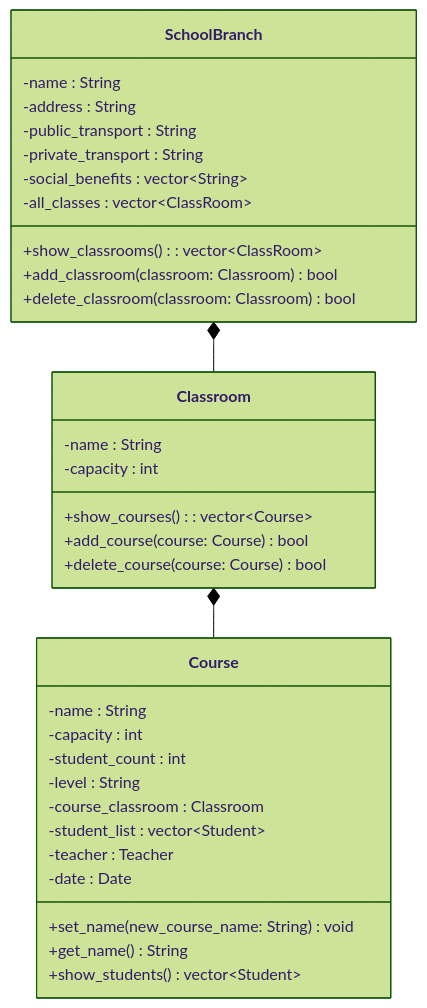
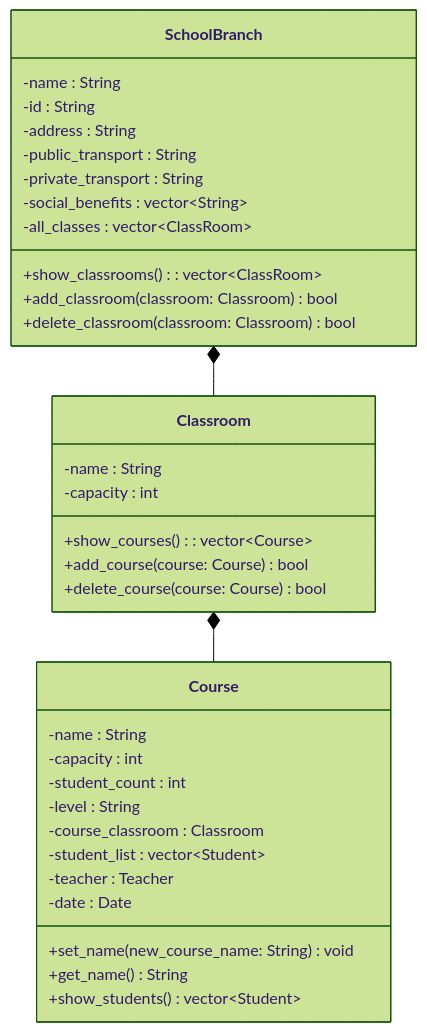
Before and after one commit to ondergormez/BLM3722_Software_Engineering: the eighth of 9 diagrams in Project/UML_Diag.md, drawn with Mermaid (forest theme). The commit also changed 8 other files, not shown here.

````diff
--- a/Project/UML_Diag.md
+++ b/Project/UML_Diag.md
@@ -156,38 +156,39 @@
 ```mermaid
 classDiagram
     SchoolBranch *-- Classroom 
     Classroom *-- Course
     class SchoolBranch{
         -name : String
+        -id : String
         -address : String
         -public_transport : String
         -private_transport : String
         -social_benefits : vector~String~ 
         -all_classes : vector~ClassRoom~ 
         +show_classrooms() : vector~ClassRoom~
         +add_classroom(classroom: Classroom) bool
         +delete_classroom(classroom: Classroom) bool
     }
 
     class Classroom{
         -name : String
         -capacity : int
         +show_courses() : vector~Course~
         +add_course(course: Course) bool
         +delete_course(course: Course) bool       
     }
 
     class Course{
         -name : String
         -capacity : int
         -student_count : int
         -level : String
         -course_classroom : Classroom
         -student_list : vector~Student~
         -teacher : Teacher
         -date : Date
         +set_name(new_course_name: String) void
         +get_name() String
         +show_students()  vector~Student~
     }
 ```
````
